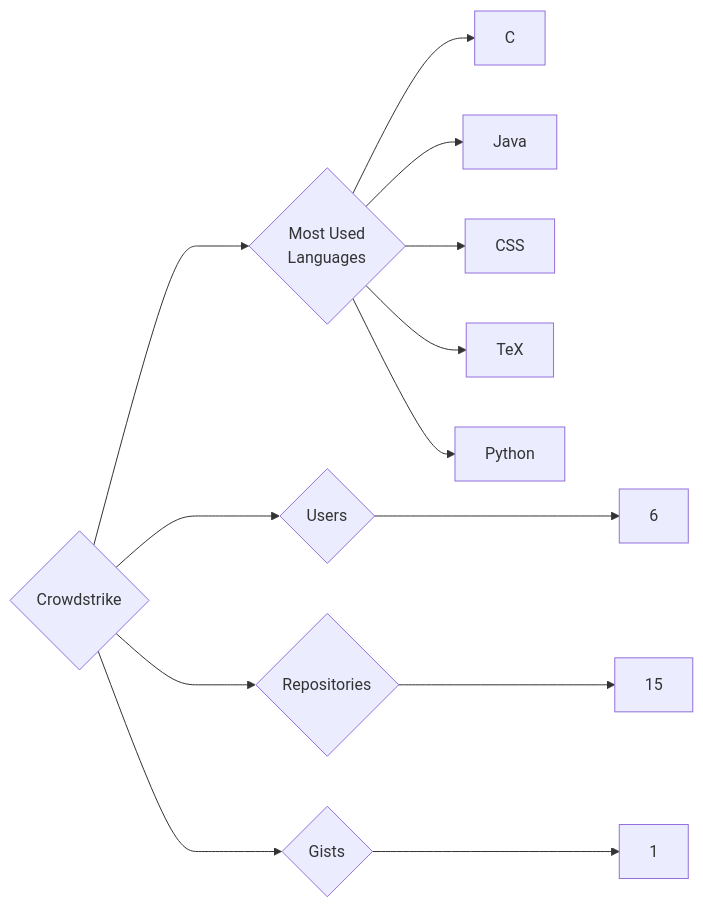
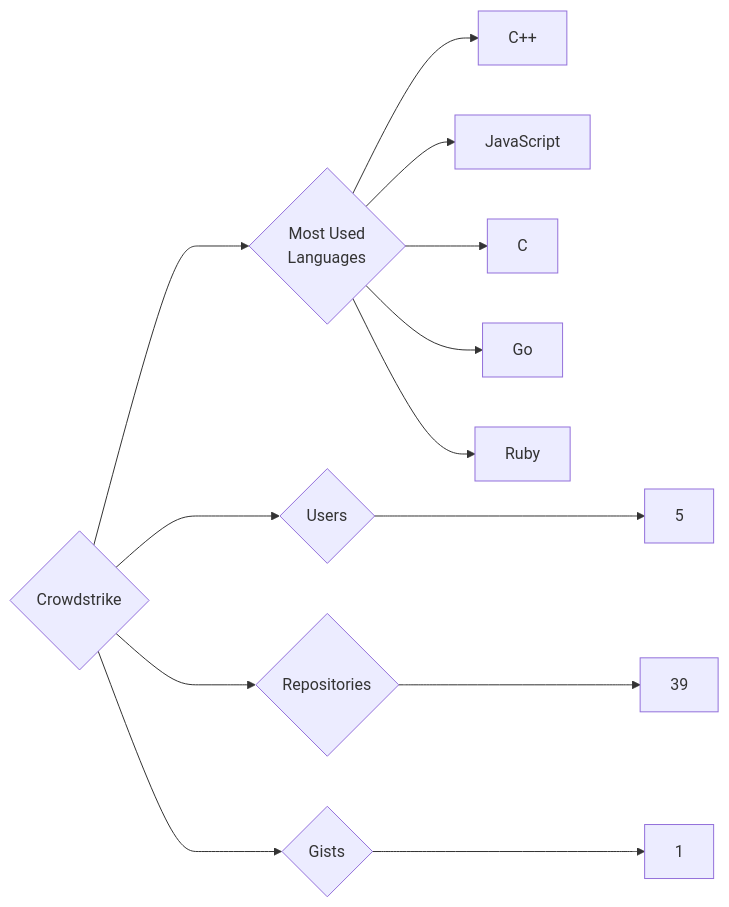
The diagram in targets/Crowdstrike/README.md (trickest/insiders), drawn with Mermaid before and after one commit. The commit also changed 1167 other files, not shown here.

````diff
--- a/targets/Crowdstrike/README.md
+++ b/targets/Crowdstrike/README.md
@@ -3,13 +3,13 @@
 ```mermaid
 graph LR
 COMPANY_NAME{Crowdstrike}
-COMPANY_NAME ---> U{Users} ---> UN[6]
-COMPANY_NAME ---> R{Repositories} ---> RN[15]
+COMPANY_NAME ---> U{Users} ---> UN[5]
+COMPANY_NAME ---> R{Repositories} ---> RN[39]
 COMPANY_NAME ---> G{Gists} ---> GN[1]
 COMPANY_NAME ---> ML{Most Used<br>Languages}
+ML --> C++[C++]
+ML --> JavaScript[JavaScript]
 ML --> C[C]
-ML --> Java[Java]
-ML --> CSS[CSS]
-ML --> TeX[TeX]
-ML --> Python[Python]
+ML --> Go[Go]
+ML --> Ruby[Ruby]
 ```
````
